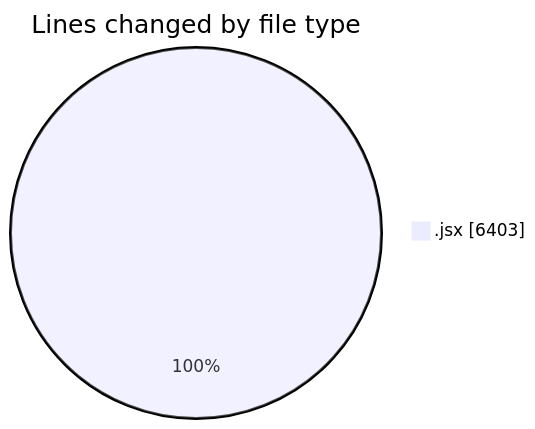
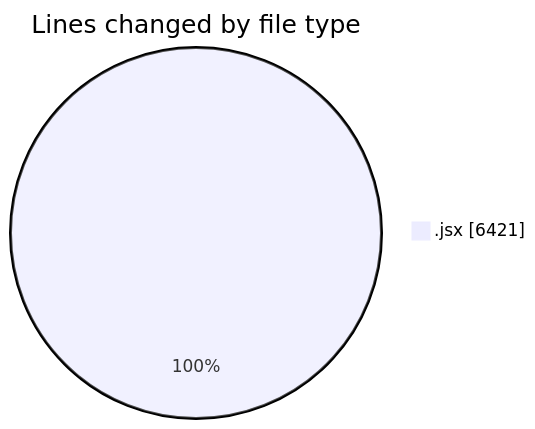
One commit to nxtqubesakshisongat/code-tracking changed the first of 2 diagrams in 2025-05-05/nxtqube_webapp/README.md. Above: the diagram before and after it, drawn with Mermaid. The commit also changed other lines of this file and 1 other file, not shown here.

````diff
--- a/2025-05-05/nxtqube_webapp/README.md
+++ b/2025-05-05/nxtqube_webapp/README.md
@@ -24,5 +24,5 @@
 ```mermaid
 pie showData
 title Lines changed by file type
-".jsx" : 6403
+".jsx" : 6421
 ```
````
